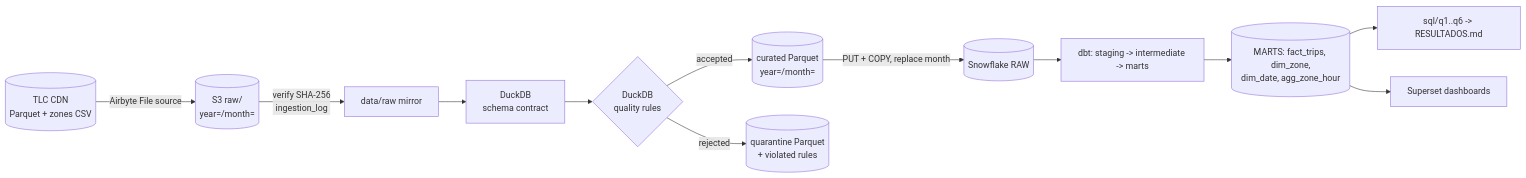
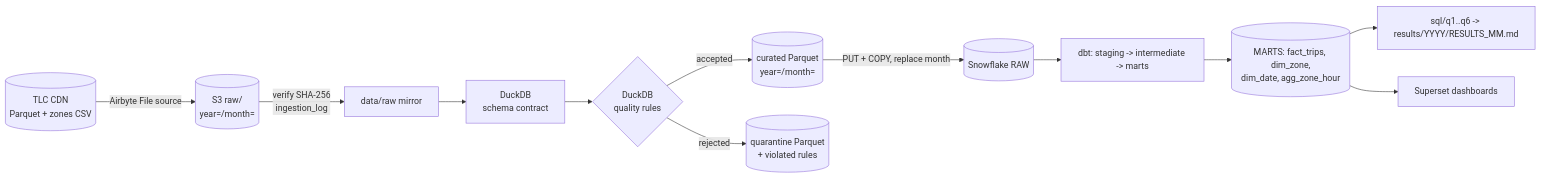
The diagram in README.md (bernadiaz/ParcialDataEng), drawn with Mermaid before and after one commit. The commit also changed other lines of this file and 1 other file, not shown here.

````diff
--- a/README.md
+++ b/README.md
@@ -156,14 +168,14 @@
 ```mermaid
 flowchart LR
     TLC[(TLC CDN<br/>Parquet + zones CSV)] -->|Airbyte File source| S3[(S3 raw/<br/>year=/month=)]
     S3 -->|verify SHA-256<br/>ingestion_log| RAWL[data/raw mirror]
     RAWL --> SCHEMA[DuckDB<br/>schema contract]
     SCHEMA --> QUALITY{DuckDB<br/>quality rules}
     QUALITY -->|accepted| CUR[(curated Parquet<br/>year=/month=)]
     QUALITY -->|rejected| Q[(quarantine Parquet<br/>+ violated rules)]
     CUR -->|PUT + COPY, replace month| SF[(Snowflake RAW)]
     SF --> DBT[dbt: staging -> intermediate -> marts]
     DBT --> MARTS[(MARTS: fact_trips, dim_zone,<br/>dim_date, agg_zone_hour)]
-    MARTS --> Q16[sql/q1..q6 -> RESULTADOS.md]
+    MARTS --> Q16[sql/q1..q6 -> results/YYYY/RESULTS_MM.md]
     MARTS --> SUP[Superset dashboards]
 ```
````
